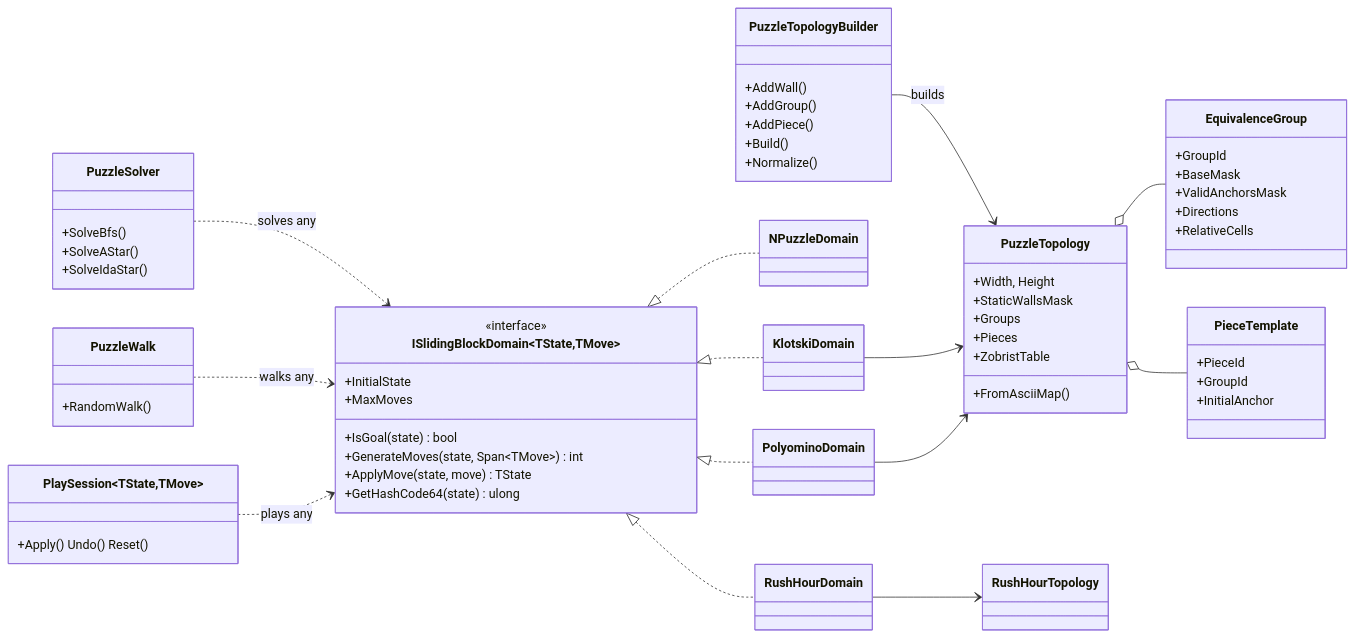
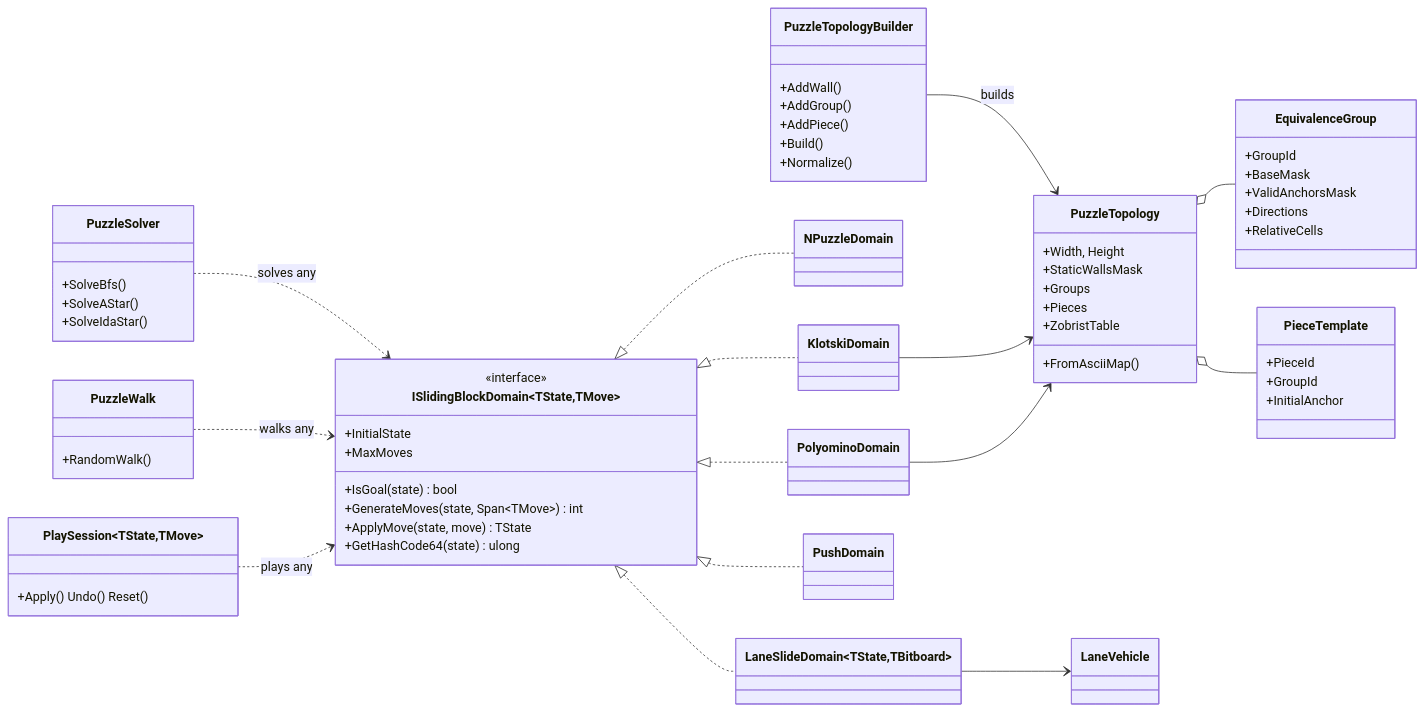
Before and after one commit to th3snark/E2e4.SlidingBlock.Logic: the first of 3 diagrams in docs/05-object-model.md, drawn with Mermaid. The commit also changed other lines of this file and 18 other files, not shown here.

First line of the commit message:
Add lane-sliding and Soko push domains; rebuild Rush Hour on the lane domain

````diff
--- a/docs/05-object-model.md
+++ b/docs/05-object-model.md
@@ -8,64 +8,65 @@
 ```mermaid
 classDiagram
     direction LR
     class ISlidingBlockDomain~TState,TMove~ {
         <<interface>>
         +InitialState
         +MaxMoves
         +IsGoal(state) bool
         +GenerateMoves(state, Span~TMove~) int
         +ApplyMove(state, move) TState
         +GetHashCode64(state) ulong
     }
     class PuzzleSolver {
         +SolveBfs()
         +SolveAStar()
         +SolveIdaStar()
     }
     class PuzzleWalk {
         +RandomWalk()
     }
     class PlaySession~TState,TMove~ {
         +Apply() Undo() Reset()
     }
     class PuzzleTopology {
         +Width, Height
         +StaticWallsMask
         +Groups
         +Pieces
         +ZobristTable
         +FromAsciiMap()
     }
     class PuzzleTopologyBuilder {
         +AddWall()
         +AddGroup()
         +AddPiece()
         +Build()
         +Normalize()
     }
     class EquivalenceGroup {
         +GroupId
         +BaseMask
         +ValidAnchorsMask
         +Directions
         +RelativeCells
     }
     class PieceTemplate {
         +PieceId
         +GroupId
         +InitialAnchor
     }
     PuzzleTopologyBuilder --> PuzzleTopology : builds
     PuzzleTopology o-- EquivalenceGroup
     PuzzleTopology o-- PieceTemplate
     PuzzleSolver ..> ISlidingBlockDomain : solves any
     PuzzleWalk ..> ISlidingBlockDomain : walks any
     PlaySession ..> ISlidingBlockDomain : plays any
     ISlidingBlockDomain <|.. NPuzzleDomain
     ISlidingBlockDomain <|.. KlotskiDomain
-    ISlidingBlockDomain <|.. RushHourDomain
+    ISlidingBlockDomain <|.. LaneSlideDomain~TState,TBitboard~
+    ISlidingBlockDomain <|.. PushDomain
     ISlidingBlockDomain <|.. PolyominoDomain
     KlotskiDomain --> PuzzleTopology
     PolyominoDomain --> PuzzleTopology
-    RushHourDomain --> RushHourTopology
+    LaneSlideDomain~TState,TBitboard~ --> LaneVehicle
 ```
````
